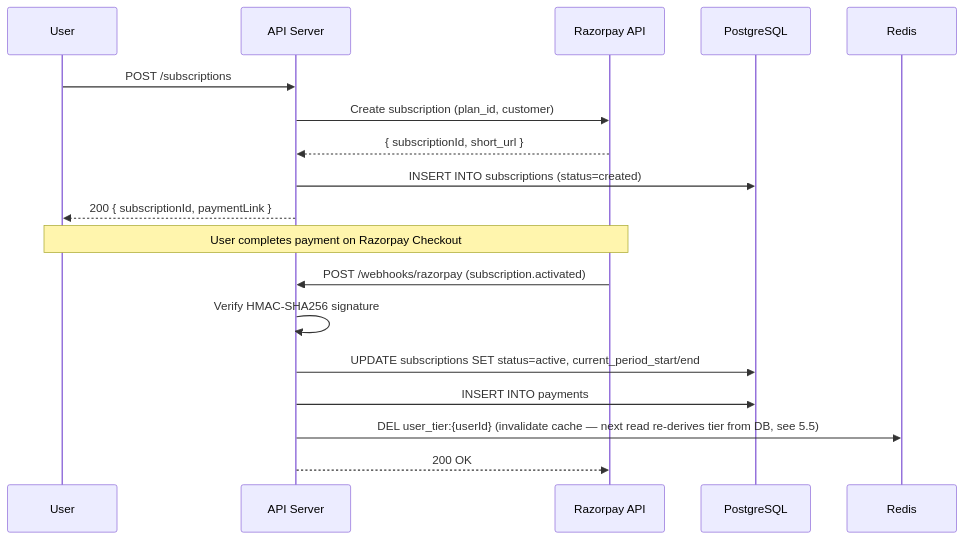
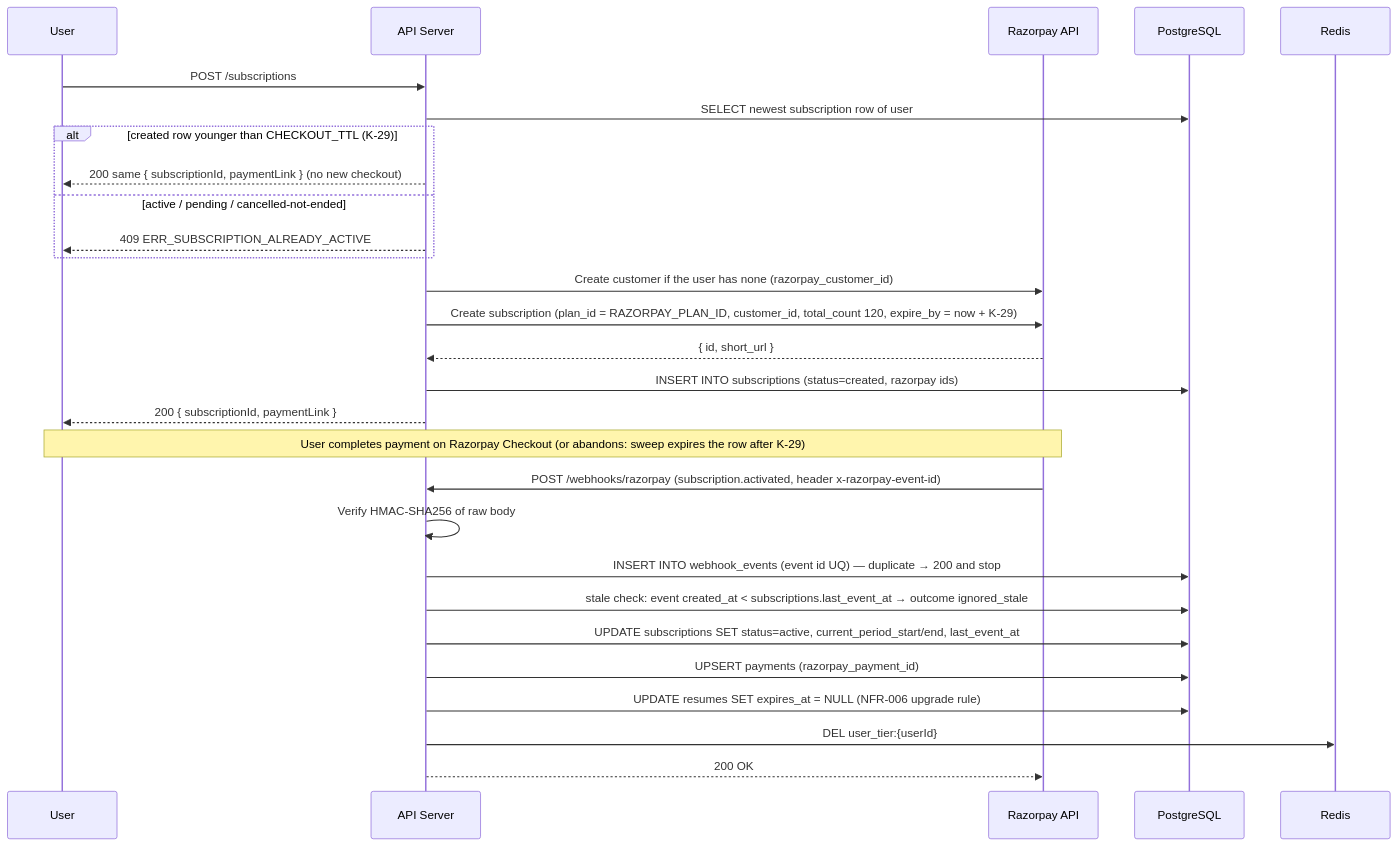
One commit to divii-school/spec-homework changed the fourth of 6 diagrams in sovan/spec.md. Above: the diagram before and after it, drawn with Mermaid. The commit also changed other lines of this file, not shown here.

Commit message:
docs(spec): v1.3 step 5 — §5.6 subscription state machine (D-04), TBL-008 webhook_events idempotency + stale ordering, checkout TTL, 120 h grace, refunds, cancel-in-request, FR-018/API-020 erasure

````diff
--- a/sovan/spec.md
+++ b/sovan/spec.md
@@ -449,21 +450,31 @@
 ```mermaid
 sequenceDiagram
     participant U as User
     participant A as API Server
     participant RP as Razorpay API
     participant DB as PostgreSQL
     participant R as Redis
 
     U->>A: POST /subscriptions
-    A->>RP: Create subscription (plan_id, customer)
-    RP-->>A: { subscriptionId, short_url }
-    A->>DB: INSERT INTO subscriptions (status=created)
+    A->>DB: SELECT newest subscription row of user
+    alt created row younger than CHECKOUT_TTL (K-29)
+        A-->>U: 200 same { subscriptionId, paymentLink } (no new checkout)
+    else active / pending / cancelled-not-ended
+        A-->>U: 409 ERR_SUBSCRIPTION_ALREADY_ACTIVE
+    end
+    A->>RP: Create customer if the user has none (razorpay_customer_id)
+    A->>RP: Create subscription (plan_id = RAZORPAY_PLAN_ID, customer_id, total_count 120, expire_by = now + K-29)
+    RP-->>A: { id, short_url }
+    A->>DB: INSERT INTO subscriptions (status=created, razorpay ids)
     A-->>U: 200 { subscriptionId, paymentLink }
-    Note over U,RP: User completes payment on Razorpay Checkout
-    RP->>A: POST /webhooks/razorpay (subscription.activated)
-    A->>A: Verify HMAC-SHA256 signature
-    A->>DB: UPDATE subscriptions SET status=active, current_period_start/end
-    A->>DB: INSERT INTO payments
-    A->>R: DEL user_tier:{userId} (invalidate cache — next read re-derives tier from DB, see 5.5)
+    Note over U,RP: User completes payment on Razorpay Checkout (or abandons: sweep expires the row after K-29)
+    RP->>A: POST /webhooks/razorpay (subscription.activated, header x-razorpay-event-id)
+    A->>A: Verify HMAC-SHA256 of raw body
+    A->>DB: INSERT INTO webhook_events (event id UQ) — duplicate → 200 and stop
+    A->>DB: stale check: event created_at < subscriptions.last_event_at → outcome ignored_stale
+    A->>DB: UPDATE subscriptions SET status=active, current_period_start/end, last_event_at
+    A->>DB: UPSERT payments (razorpay_payment_id)
+    A->>DB: UPDATE resumes SET expires_at = NULL (NFR-006 upgrade rule)
+    A->>R: DEL user_tier:{userId}
     A-->>RP: 200 OK
 ```
````
